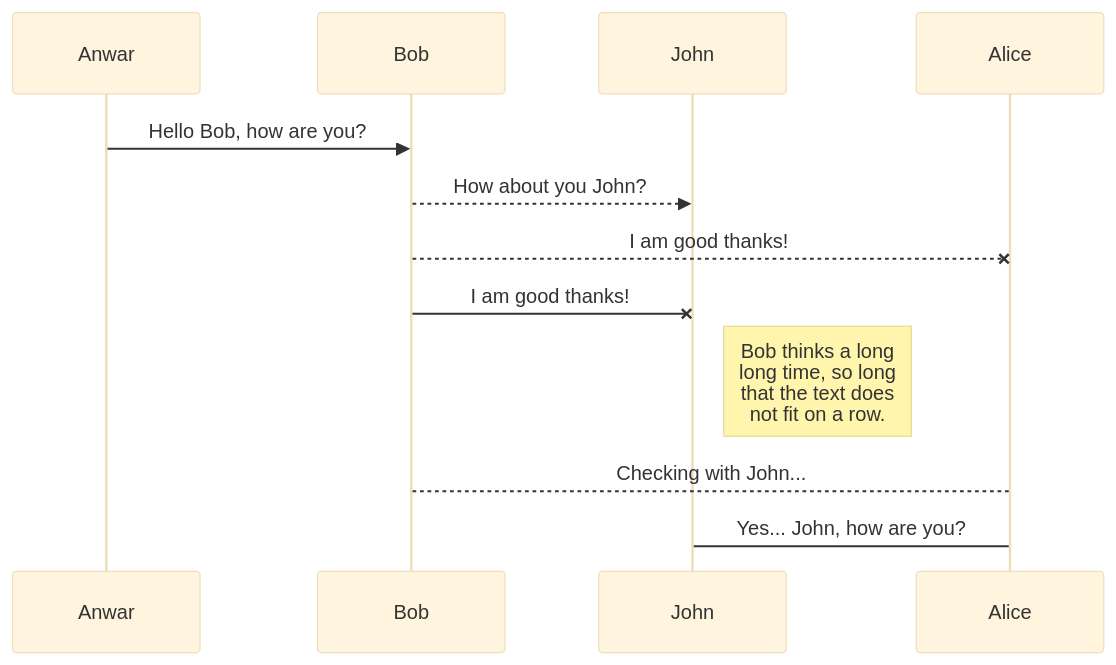
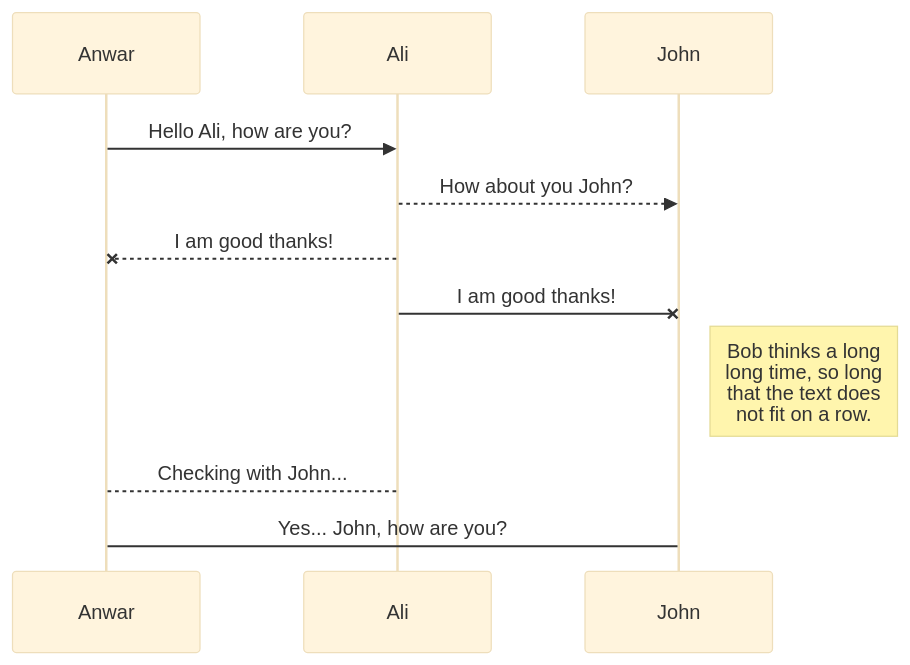
One commit to drshahizan/learn-github changed the diagram in exercise/muhd-anwar/exer2.md. Above: the diagram before and after it, drawn with Mermaid (base theme).

````diff
--- a/exercise/muhd-anwar/exer2.md
+++ b/exercise/muhd-anwar/exer2.md
@@ -5,11 +5,11 @@
 ```mermaid
 sequenceDiagram
-Anwar ->> Bob: Hello Bob, how are you?
-Bob-->>John: How about you John?
-Bob--x Alice: I am good thanks!
-Bob-x John: I am good thanks!
+Anwar ->> Ali: Hello Ali, how are you?
+Ali-->>John: How about you John?
+Ali--x Anwar: I am good thanks!
+Ali-x John: I am good thanks!
 Note right of John: Bob thinks a long<br/>long time, so long<br/>that the text does<br/>not fit on a row.
 
-Bob-->Alice: Checking with John...
-Alice->John: Yes... John, how are you?
+Ali-->Anwar: Checking with John...
+Anwar->John: Yes... John, how are you?
 ```
````
